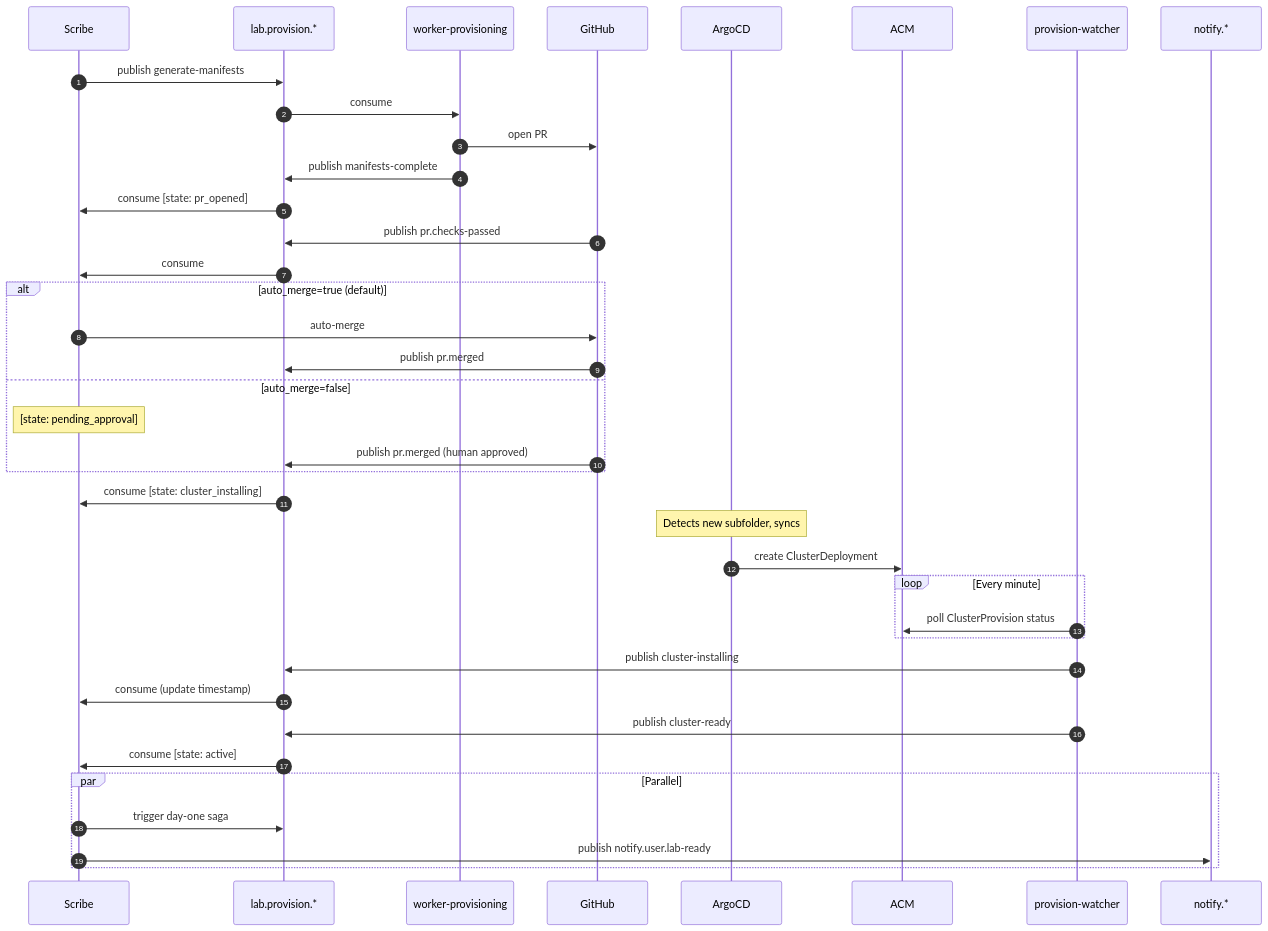
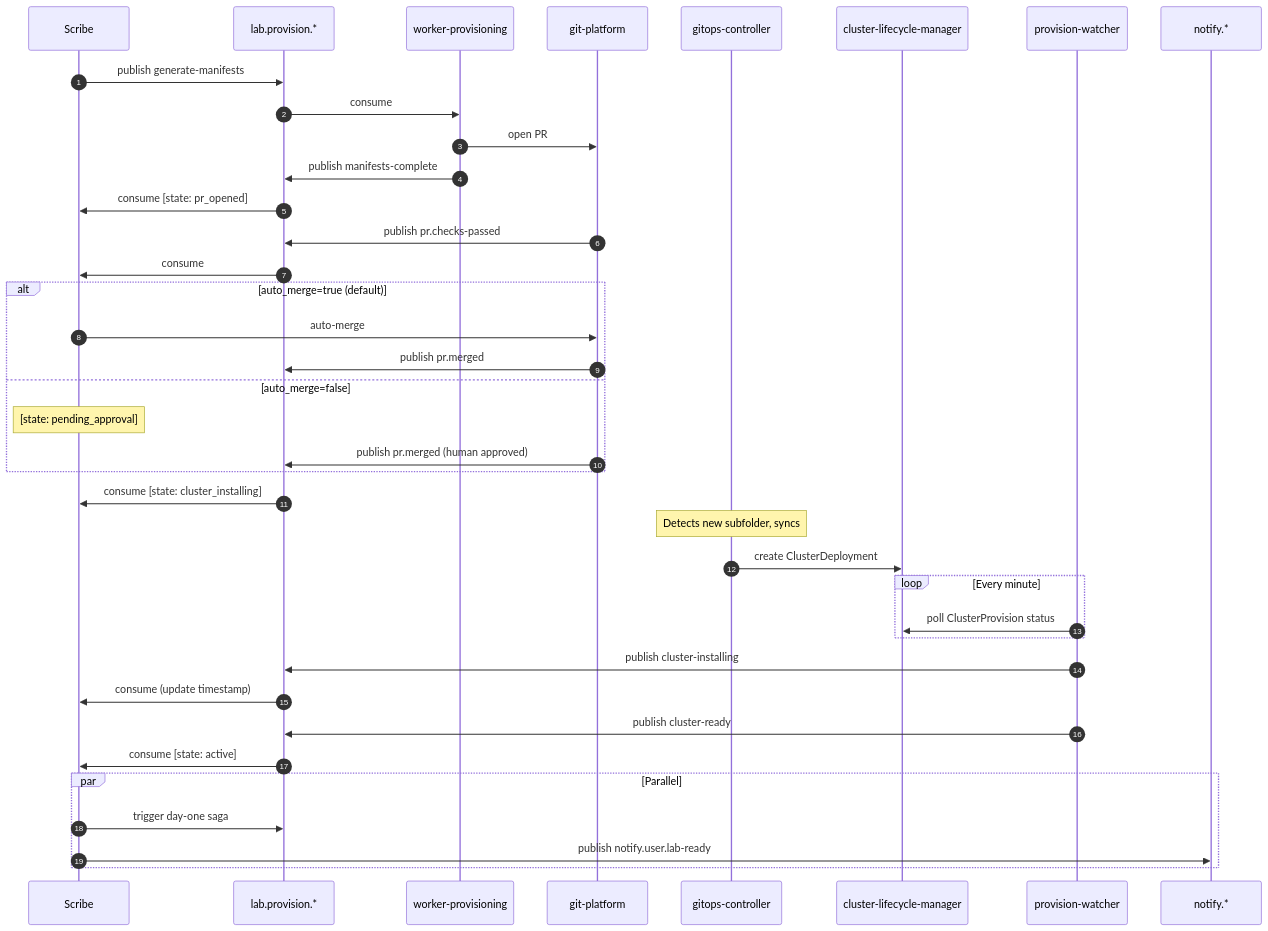
The fourth of 7 diagrams in REFERENCE.md (redhat-openshift-partner-labs/queue), drawn with Mermaid before and after one commit. The commit also changed other lines of this file and 1 other file, not shown here.

````diff
--- a/REFERENCE.md
+++ b/REFERENCE.md
@@ -1516,48 +1516,48 @@
 ```mermaid
 sequenceDiagram
     autonumber
     participant Scribe
     participant Q_PROV as lab.provision.*
     participant WorkerProv as worker-provisioning
-    participant GitHub
-    participant ArgoCD
-    participant ACM
+    participant GitPlatform as git-platform
+    participant GitOps as gitops-controller
+    participant CLM as cluster-lifecycle-manager
     participant Watcher as provision-watcher
     participant Q_NOTIFY as notify.*
 
     Scribe->>Q_PROV: publish generate-manifests
     Q_PROV->>WorkerProv: consume
-    WorkerProv->>GitHub: open PR
+    WorkerProv->>GitPlatform: open PR
     WorkerProv->>Q_PROV: publish manifests-complete
     Q_PROV->>Scribe: consume [state: pr_opened]
 
-    GitHub->>Q_PROV: publish pr.checks-passed
+    GitPlatform->>Q_PROV: publish pr.checks-passed
     Q_PROV->>Scribe: consume
 
     alt auto_merge=true (default)
-        Scribe->>GitHub: auto-merge
-        GitHub->>Q_PROV: publish pr.merged
+        Scribe->>GitPlatform: auto-merge
+        GitPlatform->>Q_PROV: publish pr.merged
     else auto_merge=false
         Note over Scribe: [state: pending_approval]
-        GitHub->>Q_PROV: publish pr.merged (human approved)
+        GitPlatform->>Q_PROV: publish pr.merged (human approved)
     end
 
     Q_PROV->>Scribe: consume [state: cluster_installing]
-    Note over ArgoCD: Detects new subfolder, syncs
-    ArgoCD->>ACM: create ClusterDeployment
+    Note over GitOps: Detects new subfolder, syncs
+    GitOps->>CLM: create ClusterDeployment
 
     loop Every minute
-        Watcher->>ACM: poll ClusterProvision status
+        Watcher->>CLM: poll ClusterProvision status
     end
 
     Watcher->>Q_PROV: publish cluster-installing
     Q_PROV->>Scribe: consume (update timestamp)
 
     Watcher->>Q_PROV: publish cluster-ready
     Q_PROV->>Scribe: consume [state: active]
 
     par Parallel
         Scribe->>Q_PROV: trigger day-one saga
         Scribe->>Q_NOTIFY: publish notify.user.lab-ready
     end
 ```
````
